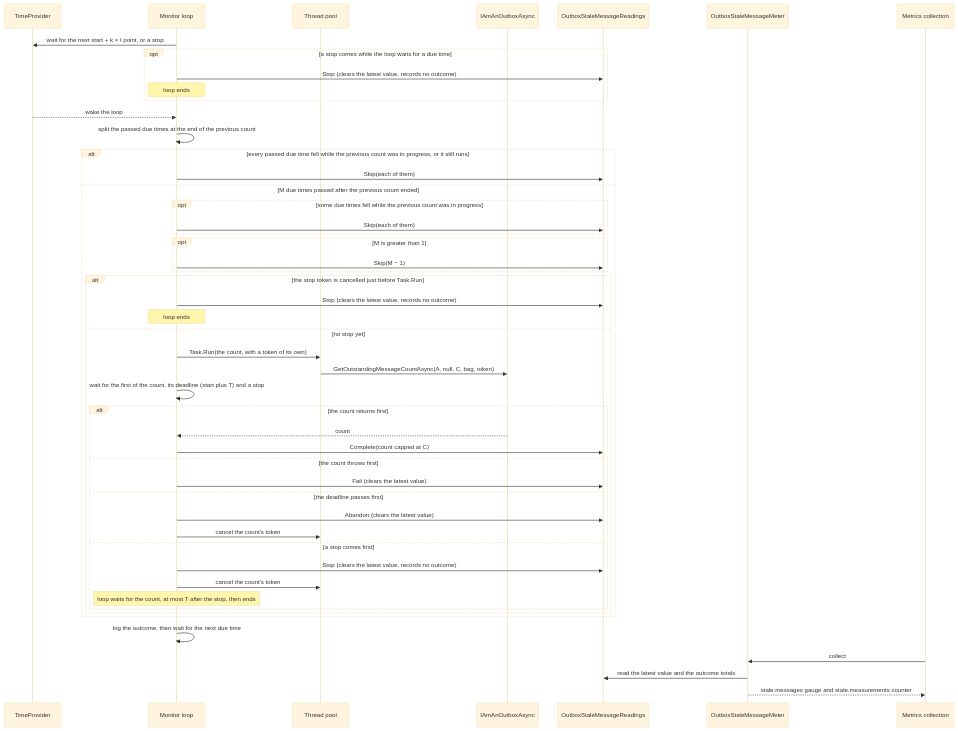
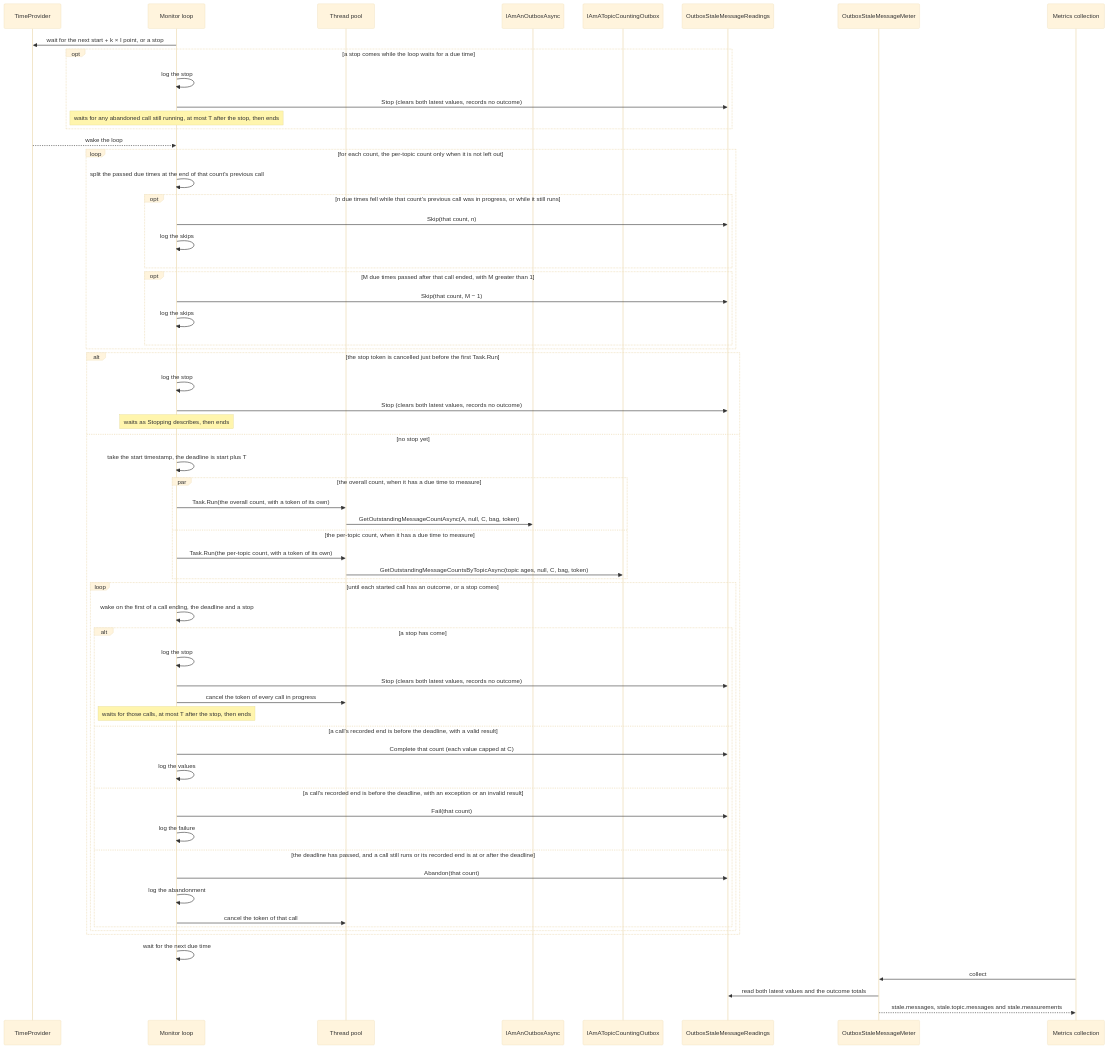
The first of 2 diagrams in docs/adr/0085-outbox-stale-message-telemetry.md (BrighterCommand/Brighter), drawn with Mermaid (base theme) before and after one commit. The commit also changed other lines of this file and 5 other files, not shown here.

First line of the commit message:
docs(adr): propose ADR 0086-outbox-per-topic-stale-count

````diff
--- a/docs/adr/0085-outbox-stale-message-telemetry.md
+++ b/docs/adr/0085-outbox-stale-message-telemetry.md
@@ -115,53 +163,67 @@
 ```mermaid
 sequenceDiagram
     participant Clock as TimeProvider
     participant Monitor as Monitor loop
     participant Pool as Thread pool
     participant Outbox as IAmAnOutboxAsync
+    participant Topics as IAmATopicCountingOutbox
     participant Readings as OutboxStaleMessageReadings
     participant Meter as OutboxStaleMessageMeter
     participant Collector as Metrics collection
 
     Monitor->>Clock: wait for the next start + k × I point, or a stop
     opt a stop comes while the loop waits for a due time
-        Monitor->>Readings: Stop (clears the latest value, records no outcome)
-        Note over Monitor: loop ends
+        Monitor->>Monitor: log the stop
+        Monitor->>Readings: Stop (clears both latest values, records no outcome)
+        Note over Monitor: waits for any abandoned call still running, at most T after the stop, then ends
     end
     Clock-->>Monitor: wake the loop
-    Monitor->>Monitor: split the passed due times at the end of the previous count
-    alt every passed due time fell while the previous count was in progress, or it still runs
-        Monitor->>Readings: Skip(each of them)
-    else M due times passed after the previous count ended
-        opt some due times fell while the previous count was in progress
-            Monitor->>Readings: Skip(each of them)
+    loop for each count, the per-topic count only when it is not left out
+        Monitor->>Monitor: split the passed due times at the end of that count's previous call
+        opt n due times fell while that count's previous call was in progress, or while it still runs
+            Monitor->>Readings: Skip(that count, n)
+            Monitor->>Monitor: log the skips
         end
-        opt M is greater than 1
-            Monitor->>Readings: Skip(M − 1)
+        opt M due times passed after that call ended, with M greater than 1
+            Monitor->>Readings: Skip(that count, M − 1)
+            Monitor->>Monitor: log the skips
         end
-        alt the stop token is cancelled just before Task.Run
-            Monitor->>Readings: Stop (clears the latest value, records no outcome)
-            Note over Monitor: loop ends
-        else no stop yet
-            Monitor->>Pool: Task.Run(the count, with a token of its own)
+    end
+    alt the stop token is cancelled just before the first Task.Run
+        Monitor->>Monitor: log the stop
+        Monitor->>Readings: Stop (clears both latest values, records no outcome)
+        Note over Monitor: waits as Stopping describes, then ends
+    else no stop yet
+        Monitor->>Monitor: take the start timestamp, the deadline is start plus T
+        par the overall count, when it has a due time to measure
+            Monitor->>Pool: Task.Run(the overall count, with a token of its own)
             Pool->>Outbox: GetOutstandingMessageCountAsync(A, null, C, bag, token)
-            Monitor->>Monitor: wait for the first of the count, its deadline (start plus T) and a stop
-            alt the count returns first
-                Outbox-->>Monitor: count
-                Monitor->>Readings: Complete(count capped at C)
-            else the count throws first
-                Monitor->>Readings: Fail (clears the latest value)
-            else the deadline passes first
-                Monitor->>Readings: Abandon (clears the latest value)
-                Monitor->>Pool: cancel the count's token
-            else a stop comes first
-                Monitor->>Readings: Stop (clears the latest value, records no outcome)
-                Monitor->>Pool: cancel the count's token
-                Note over Monitor: loop waits for the count, at most T after the stop, then ends
+        and the per-topic count, when it has a due time to measure
+            Monitor->>Pool: Task.Run(the per-topic count, with a token of its own)
+            Pool->>Topics: GetOutstandingMessageCountsByTopicAsync(topic ages, null, C, bag, token)
+        end
+        loop until each started call has an outcome, or a stop comes
+            Monitor->>Monitor: wake on the first of a call ending, the deadline and a stop
+            alt a stop has come
+                Monitor->>Monitor: log the stop
+                Monitor->>Readings: Stop (clears both latest values, records no outcome)
+                Monitor->>Pool: cancel the token of every call in progress
+                Note over Monitor: waits for those calls, at most T after the stop, then ends
+            else a call's recorded end is before the deadline, with a valid result
+                Monitor->>Readings: Complete that count (each value capped at C)
+                Monitor->>Monitor: log the values
+            else a call's recorded end is before the deadline, with an exception or an invalid result
+                Monitor->>Readings: Fail(that count)
+                Monitor->>Monitor: log the failure
+            else the deadline has passed, and a call still runs or its recorded end is at or after the deadline
+                Monitor->>Readings: Abandon(that count)
+                Monitor->>Monitor: log the abandonment
+                Monitor->>Pool: cancel the token of that call
             end
         end
     end
-    Monitor->>Monitor: log the outcome, then wait for the next due time
+    Monitor->>Monitor: wait for the next due time
     Collector->>Meter: collect
-    Meter->>Readings: read the latest value and the outcome totals
-    Meter-->>Collector: stale.messages gauge and stale.measurements counter
+    Meter->>Readings: read both latest values and the outcome totals
+    Meter-->>Collector: stale.messages, stale.topic.messages and stale.measurements
 ```
````
